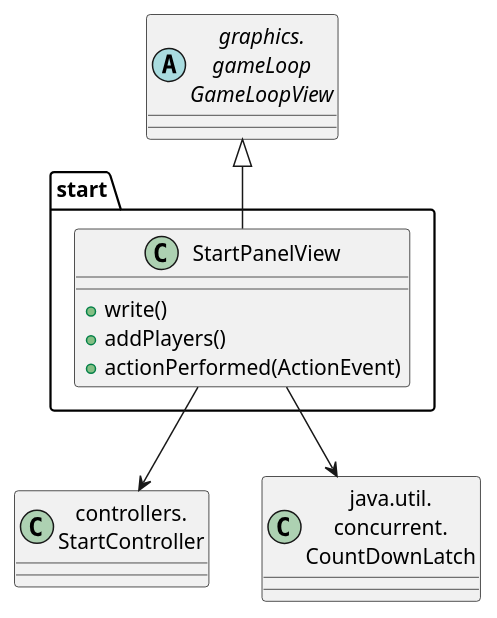
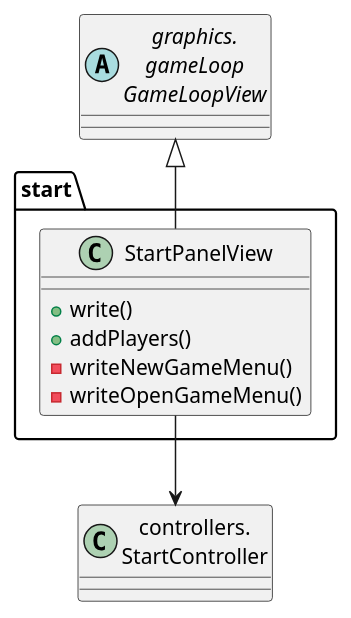
One commit to js-rom/connect4 changed the diagram in connect4/Docs/diagrams/src/packages/connect4.connect4.views.graphics.gameLoop.start.plantuml. Above: the diagram before and after it, drawn with PlantUML. The commit also changed 5 other files, not shown here.

```diff
--- a/connect4/Docs/diagrams/src/packages/connect4.connect4.views.graphics.gameLoop.start.plantuml
+++ b/connect4/Docs/diagrams/src/packages/connect4.connect4.views.graphics.gameLoop.start.plantuml
@@ -1,17 +1,16 @@
 @startuml connect4.connect4.views.graphics.start
 
 class StartController as "controllers.\nStartController"
-class CountDownLatch as "java.util.\nconcurrent.\nCountDownLatch"
 abstract class GameLoopView as "graphics.\ngameLoop\nGameLoopView"
 
 class start.StartPanelView {
     +write()
     +addPlayers()
-    +actionPerformed(ActionEvent)
+    -writeNewGameMenu()
+    -writeOpenGameMenu()
 }
 
 StartPanelView --> StartController
-StartPanelView --> CountDownLatch
 GameLoopView <|-- StartPanelView
 
 @enduml
```
